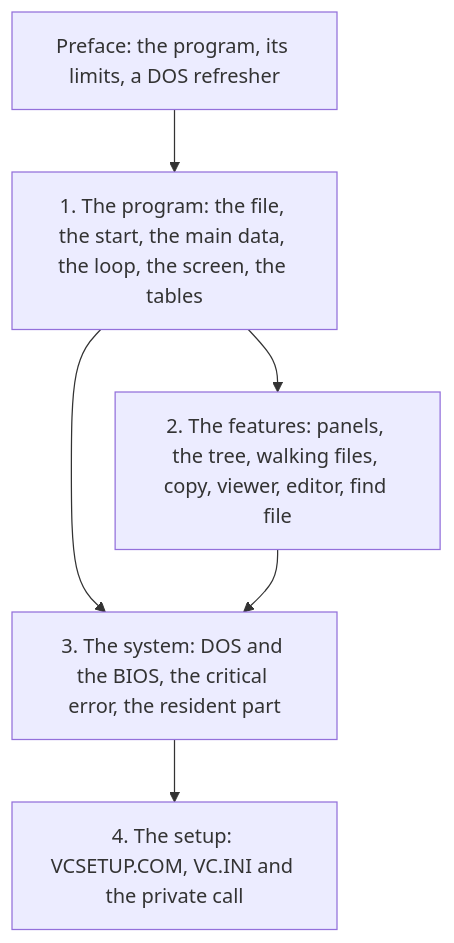
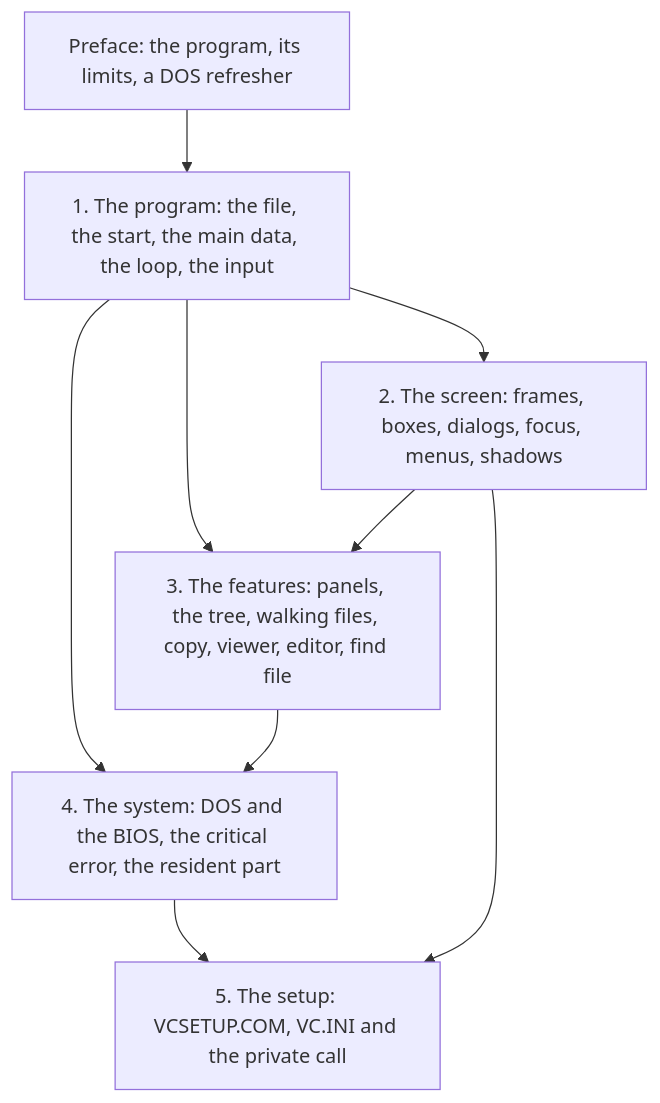
Before and after one commit to mmotorny/vibe_commander: the diagram in docs/design/00-preface.md, drawn with Mermaid. The commit also changed other lines of this file and 12 other files, not shown here.

````diff
--- a/docs/design/00-preface.md
+++ b/docs/design/00-preface.md
@@ -139,13 +139,17 @@
 ```mermaid
 graph TD
     P["Preface: the program, its limits, a DOS refresher"]
-    C1["1. The program: the file, the start, the main data, the loop, the screen, the tables"]
-    C2["2. The features: panels, the tree, walking files, copy, viewer, editor, find file"]
-    C3["3. The system: DOS and the BIOS, the critical error, the resident part"]
-    C4["4. The setup: VCSETUP.COM, VC.INI and the private call"]
+    C1["1. The program: the file, the start, the main data, the loop, the input"]
+    C2["2. The screen: frames, boxes, dialogs, focus, menus, shadows"]
+    C3["3. The features: panels, the tree, walking files, copy, viewer, editor, find file"]
+    C4["4. The system: DOS and the BIOS, the critical error, the resident part"]
+    C5["5. The setup: VCSETUP.COM, VC.INI and the private call"]
     P --> C1
     C1 --> C2
     C1 --> C3
     C2 --> C3
+    C1 --> C4
     C3 --> C4
+    C4 --> C5
+    C2 --> C5
 ```
````
